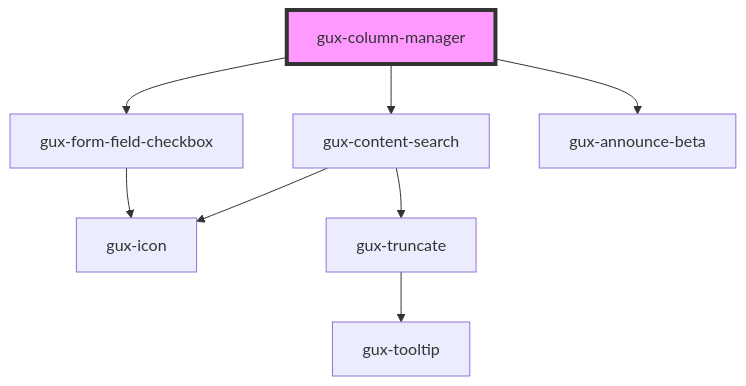
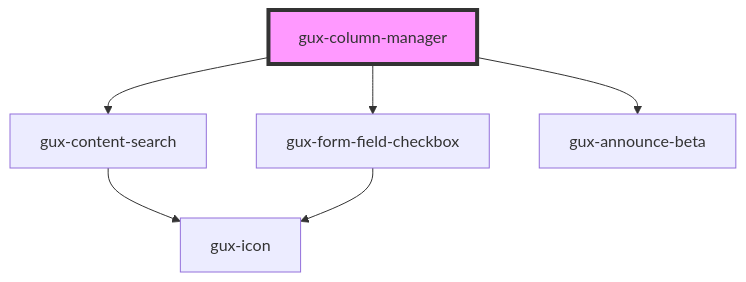
Before and after one commit to MyPureCloud/genesys-spark: the diagram in packages/genesys-spark-components/src/components/stable/gux-column-manager/readme.md, drawn with Mermaid. The commit also changed 6 other files, not shown here.

First line of the commit message:
Revert "feat(content-search): replace truncate remove max-lines"

````diff
--- a/packages/genesys-spark-components/src/components/stable/gux-column-manager/readme.md
+++ b/packages/genesys-spark-components/src/components/stable/gux-column-manager/readme.md
@@ -31,11 +31,9 @@
 ```mermaid
 graph TD;
   gux-column-manager --> gux-content-search
   gux-column-manager --> gux-form-field-checkbox
   gux-column-manager --> gux-announce-beta
   gux-content-search --> gux-icon
-  gux-content-search --> gux-truncate
-  gux-truncate --> gux-tooltip
   gux-form-field-checkbox --> gux-icon
   style gux-column-manager fill:#f9f,stroke:#333,stroke-width:4px
 ```
````
